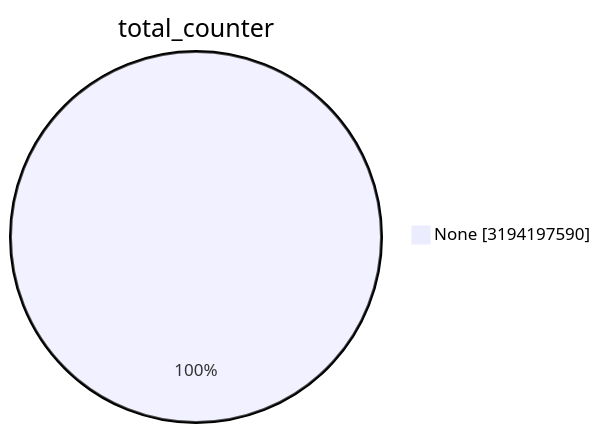
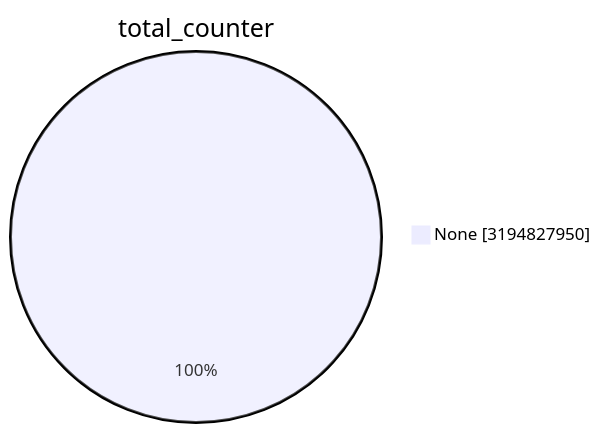
Before and after one commit to christiankrug/ctmonitor_visualization: the first of 15 diagrams in TOTAL/README.md, drawn with Mermaid. The commit also changed other lines of this file, not shown here.

````diff
--- a/TOTAL/README.md
+++ b/TOTAL/README.md
@@ -1,5 +1,5 @@
 ```mermaid
 pie showData
 title total_counter
-"None" :3194197590
+"None" :3194827950
 ```
````
